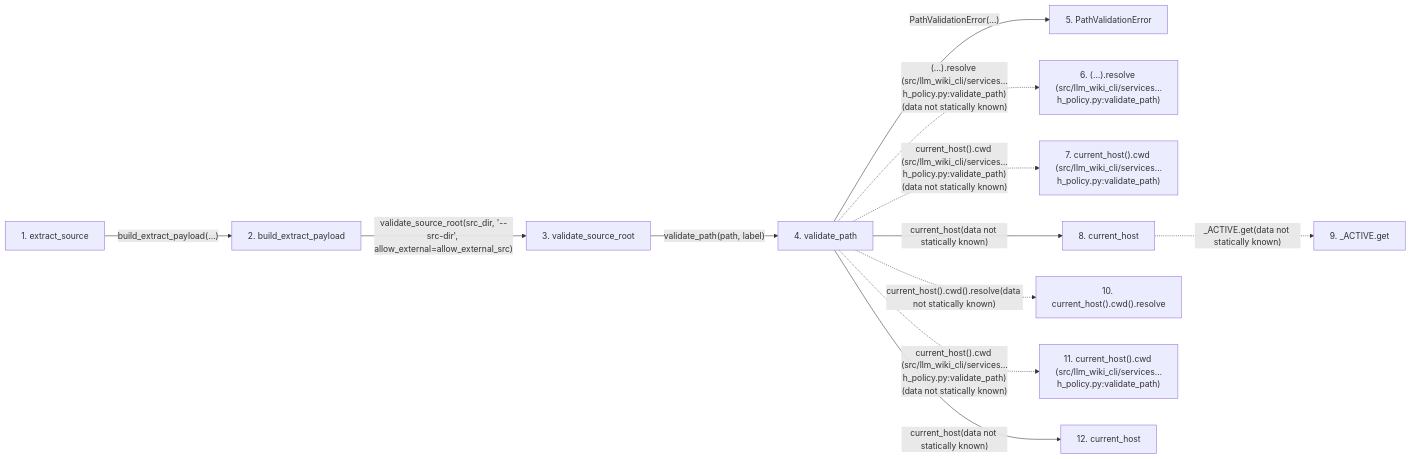
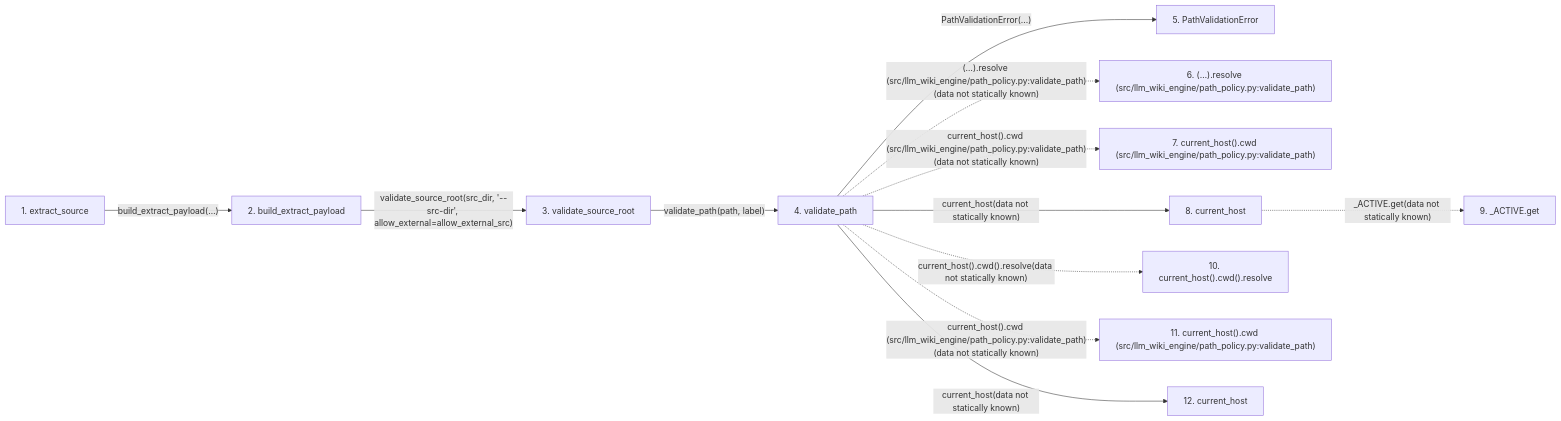
Before and after one commit to Denissvgn/python-wiki-llm: the second of 2 diagrams in docs/llm_wiki/flows/api-extract_source.md, drawn with Mermaid. The commit also changed other lines of this file and 739 other files, not shown here.

First line of the commit message:
docs: refresh the wiki for the second engine batch

````diff
--- a/docs/llm_wiki/flows/api-extract_source.md
+++ b/docs/llm_wiki/flows/api-extract_source.md
@@ -172,33 +172,33 @@
 ```mermaid
 flowchart LR
     s1["1. extract_source"]
     s2["2. build_extract_payload"]
     s3["3. validate_source_root"]
     s4["4. validate_path"]
     s5["5. PathValidationError"]
-    s6["6. (…).resolve (src/llm_wiki_cli/services…h_policy.py:validate_path)"]
-    s7["7. current_host().cwd (src/llm_wiki_cli/services…h_policy.py:validate_path)"]
+    s6["6. (…).resolve (src/llm_wiki_engine/path_policy.py:validate_path)"]
+    s7["7. current_host().cwd (src/llm_wiki_engine/path_policy.py:validate_path)"]
     s8["8. current_host"]
     s9["9. _ACTIVE.get"]
     s10["10. current_host().cwd().resolve"]
-    s11["11. current_host().cwd (src/llm_wiki_cli/services…h_policy.py:validate_path)"]
+    s11["11. current_host().cwd (src/llm_wiki_engine/path_policy.py:validate_path)"]
     s12["12. current_host"]
     s1 -->|"build_extract_payload(…)"| s2
     s2 -->|"validate_source_root(src_dir, '--src-dir', allow_external=allow_external_src)"| s3
     s3 -->|"validate_path(path, label)"| s4
     s4 -->|"PathValidationError(...)"| s5
-    s4 -. "(…).resolve (src/llm_wiki_cli/services…h_policy.py:validate_path)(data not statically known)" .-> s6
-    s4 -. "current_host().cwd (src/llm_wiki_cli/services…h_policy.py:validate_path)(data not statically known)" .-> s7
+    s4 -. "(…).resolve (src/llm_wiki_engine/path_policy.py:validate_path)(data not statically known)" .-> s6
+    s4 -. "current_host().cwd (src/llm_wiki_engine/path_policy.py:validate_path)(data not statically known)" .-> s7
     s4 -->|"current_host(data not statically known)"| s8
     s8 -. "_ACTIVE.get(data not statically known)" .-> s9
     s4 -. "current_host().cwd().resolve(data not statically known)" .-> s10
-    s4 -. "current_host().cwd (src/llm_wiki_cli/services…h_policy.py:validate_path)(data not statically known)" .-> s11
+    s4 -. "current_host().cwd (src/llm_wiki_engine/path_policy.py:validate_path)(data not statically known)" .-> s11
     s4 -->|"current_host(data not statically known)"| s12
     click s1 "../modules/api.md"
     click s2 "../modules/extraction_service.md"
     click s3 "../modules/path_policy.md"
     click s4 "../modules/path_policy.md"
     click s5 "../modules/path_policy.md"
     click s8 "../modules/host.md"
     click s12 "../modules/host.md"
 ```
````
